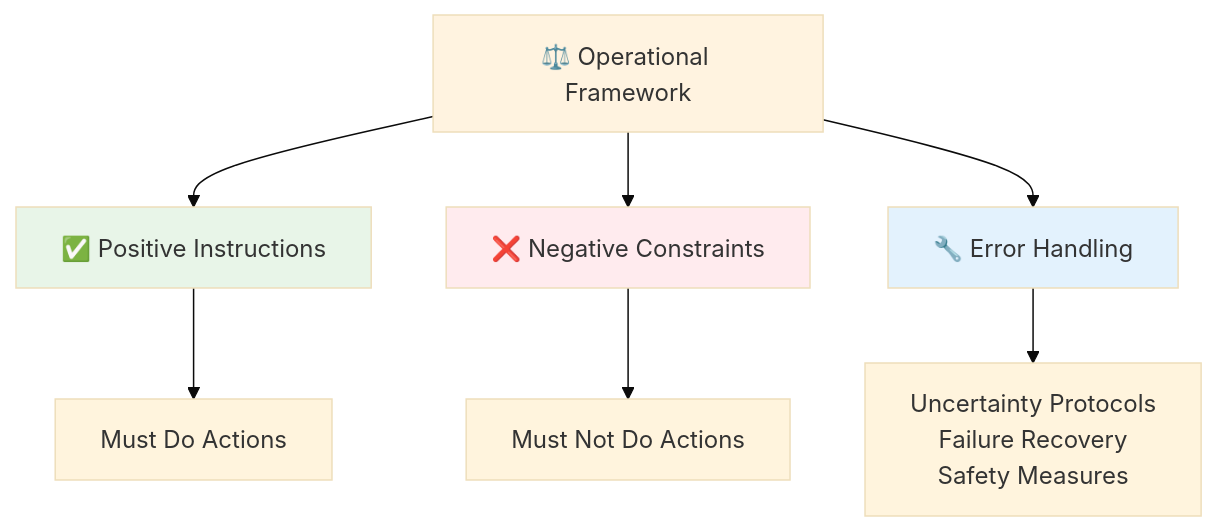
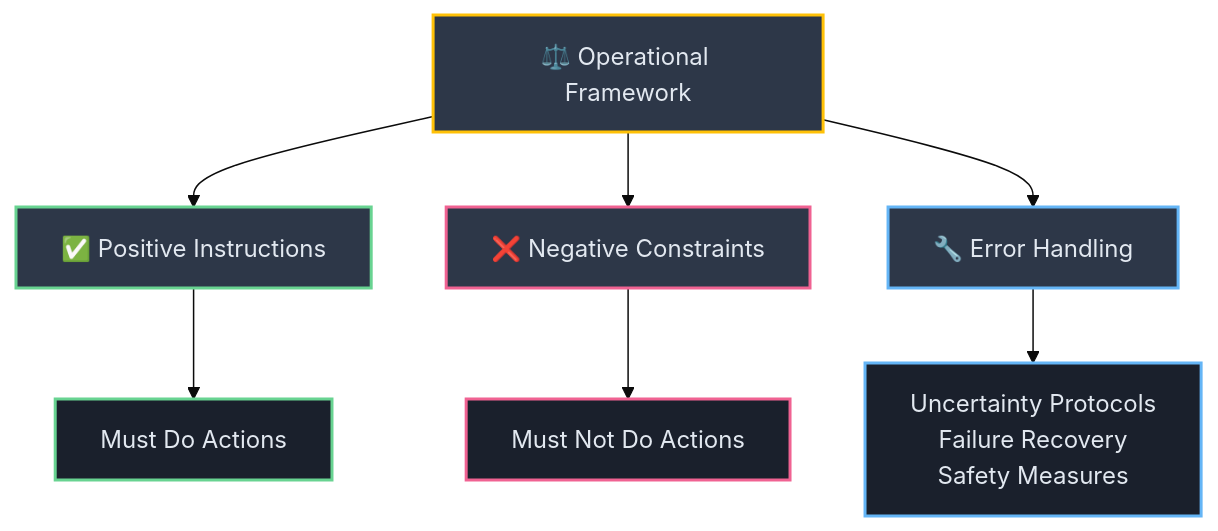
Before and after one commit to josemlopez/prompt_tutorial: the third of 8 diagrams in Part_II_Section_5_The_Anatomy_of_an_Agentic_System_Prompt_A_Universal_Blueprint.md, drawn with Mermaid (base theme). The commit also changed other lines of this file and 7 other files, not shown here.

````diff
--- a/Part_II_Section_5_The_Anatomy_of_an_Agentic_System_Prompt_A_Universal_Blueprint.md
+++ b/Part_II_Section_5_The_Anatomy_of_an_Agentic_System_Prompt_A_Universal_Blueprint.md
@@ -86,15 +88,18 @@
 ```mermaid
 graph TD
-    A[⚖️ Operational Framework] --> B[✅ Positive Instructions]
-    A --> C[❌ Negative Constraints]
-    A --> D[🔧 Error Handling]
-    
-    B --> E[Must Do Actions]
-    C --> F[Must Not Do Actions]
-    D --> G[Uncertainty Protocols<br/>Failure Recovery<br/>Safety Measures]
-    
-    style A fill:#fff3e0
-    style B fill:#e8f5e8
-    style C fill:#ffebee
-    style D fill:#e3f2fd
+   A[⚖️ Operational Framework] --> B[✅ Positive Instructions]
+   A --> C[❌ Negative Constraints]
+   A --> D[🔧 Error Handling]
+   
+   B --> E[Must Do Actions]
+   C --> F[Must Not Do Actions]
+   D --> G[Uncertainty Protocols<br/>Failure Recovery<br/>Safety Measures]
+   
+   style A fill:#2d3748,stroke:#ffc107,stroke-width:2px,color:#e2e8f0
+   style B fill:#2d3748,stroke:#68d391,stroke-width:2px,color:#e2e8f0
+   style C fill:#2d3748,stroke:#f06292,stroke-width:2px,color:#e2e8f0
+   style D fill:#2d3748,stroke:#64b5f6,stroke-width:2px,color:#e2e8f0
+   style E fill:#1a202c,stroke:#68d391,stroke-width:2px,color:#e2e8f0
+   style F fill:#1a202c,stroke:#f06292,stroke-width:2px,color:#e2e8f0
+   style G fill:#1a202c,stroke:#64b5f6,stroke-width:2px,color:#e2e8f0
 ```
````
